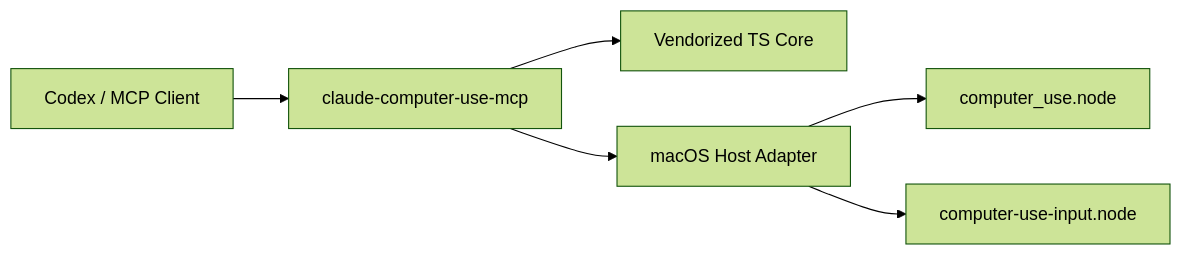
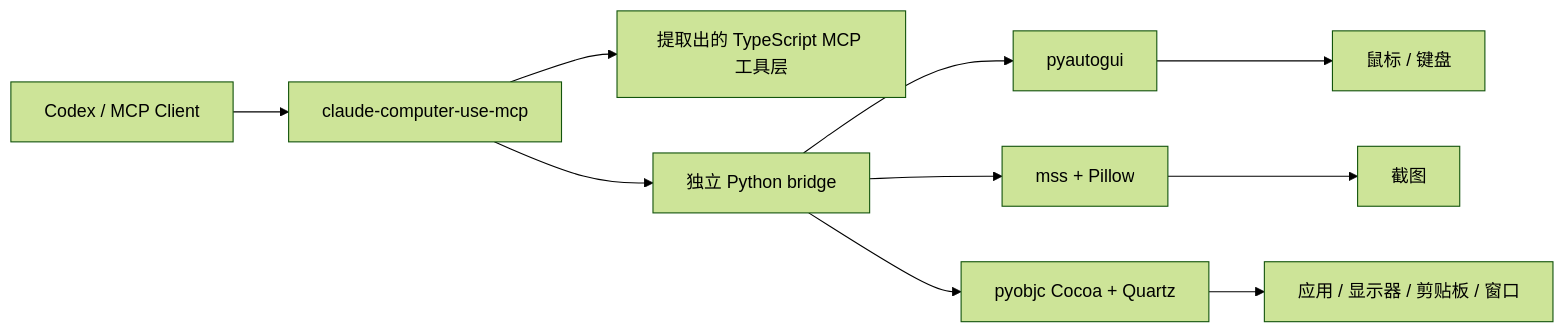
One commit to wimi321/macos-computer-use-skill changed the diagram in README.zh-CN.md. Above: the diagram before and after it, drawn with Mermaid (forest theme). The commit also changed other lines of this file and 18 other files, not shown here.

````diff
--- a/README.zh-CN.md
+++ b/README.zh-CN.md
@@ -157,8 +50,12 @@
 ```mermaid
 flowchart LR
-    A["Codex / MCP Client"] --> B["claude-computer-use-mcp"]
-    B --> C["Vendorized TS Core"]
-    B --> D["macOS Host Adapter"]
-    D --> E["computer_use.node"]
-    D --> F["computer-use-input.node"]
+    A[Codex / MCP Client] --> B[claude-computer-use-mcp]
+    B --> C[提取出的 TypeScript MCP 工具层]
+    B --> D[独立 Python bridge]
+    D --> E[pyautogui]
+    D --> F[mss + Pillow]
+    D --> G[pyobjc Cocoa + Quartz]
+    E --> H[鼠标 / 键盘]
+    F --> I[截图]
+    G --> J[应用 / 显示器 / 剪贴板 / 窗口]
 ```
````
